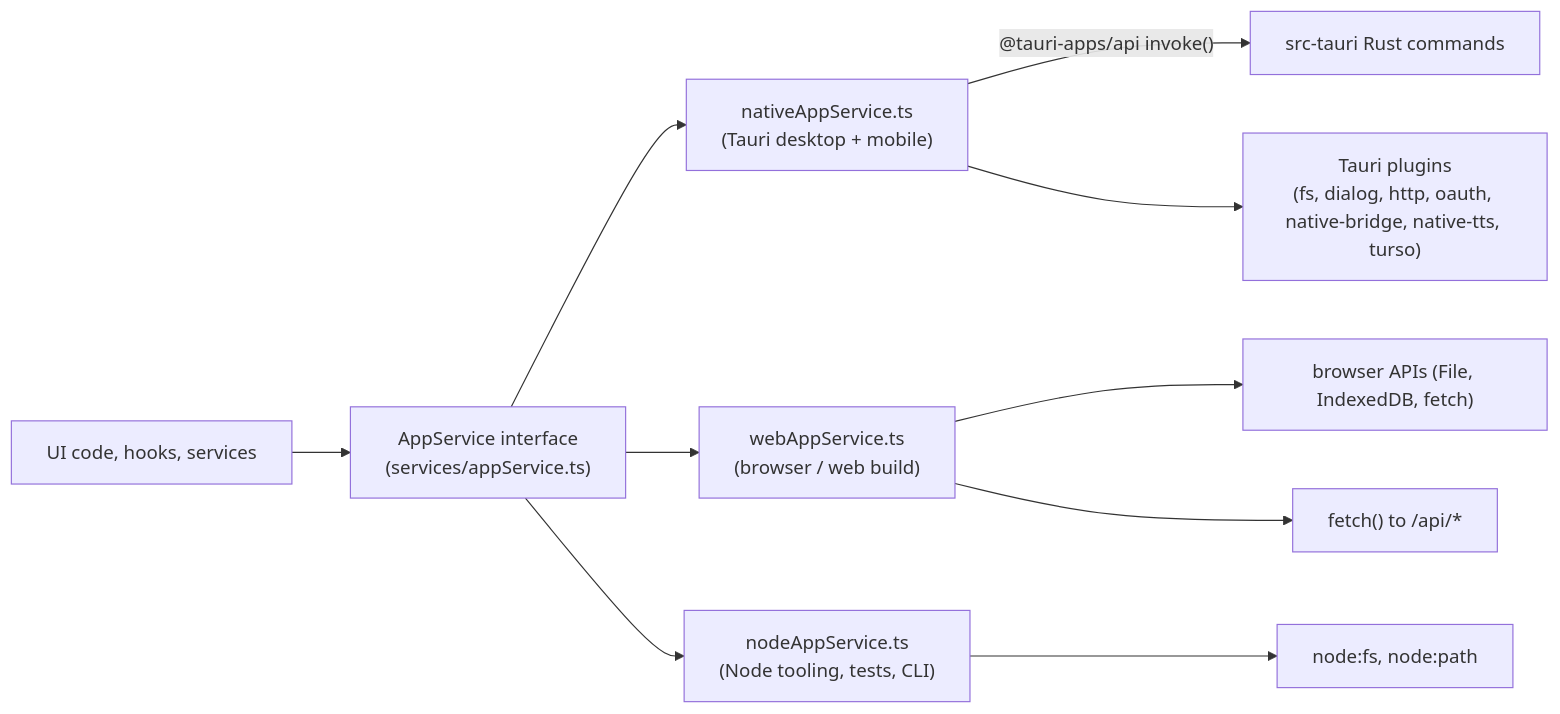
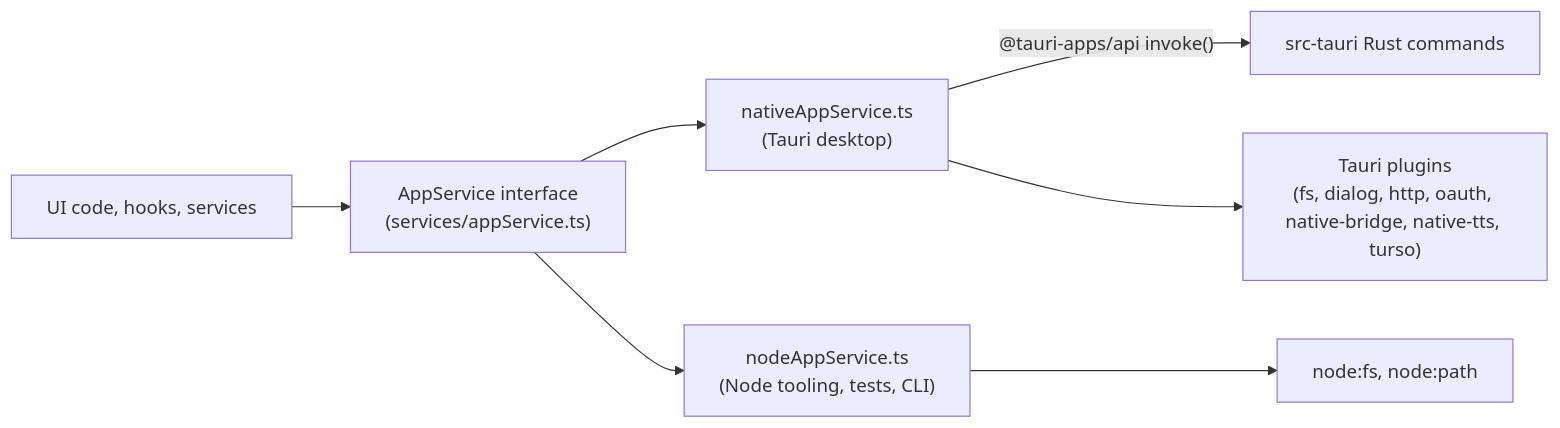
Before and after one commit to bfzds/readest-local: the fourth of 5 diagrams in apps/readest-app/docs/architecture.md, drawn with Mermaid. The commit also changed other lines of this file and 3 other files, not shown here.

````diff
--- a/apps/readest-app/docs/architecture.md
+++ b/apps/readest-app/docs/architecture.md
@@ -259,19 +228,15 @@
 ```mermaid
 flowchart LR
     Caller["UI code, hooks, services"]
     AppSvc["AppService interface<br/>(services/appService.ts)"]
-    Native["nativeAppService.ts<br/>(Tauri desktop + mobile)"]
-    Web["webAppService.ts<br/>(browser / web build)"]
+    Native["nativeAppService.ts<br/>(Tauri desktop)"]
     Node["nodeAppService.ts<br/>(Node tooling, tests, CLI)"]
 
     Caller --> AppSvc
     AppSvc --> Native
-    AppSvc --> Web
     AppSvc --> Node
 
     Native -- "@tauri-apps/api invoke()" --> Rust["src-tauri Rust commands"]
     Native --> Plugins["Tauri plugins<br/>(fs, dialog, http, oauth, native-bridge, native-tts, turso)"]
-    Web --> Browser["browser APIs (File, IndexedDB, fetch)"]
-    Web --> RemoteAPI["fetch() to /api/*"]
     Node --> Fs["node:fs, node:path"]
 ```
````
